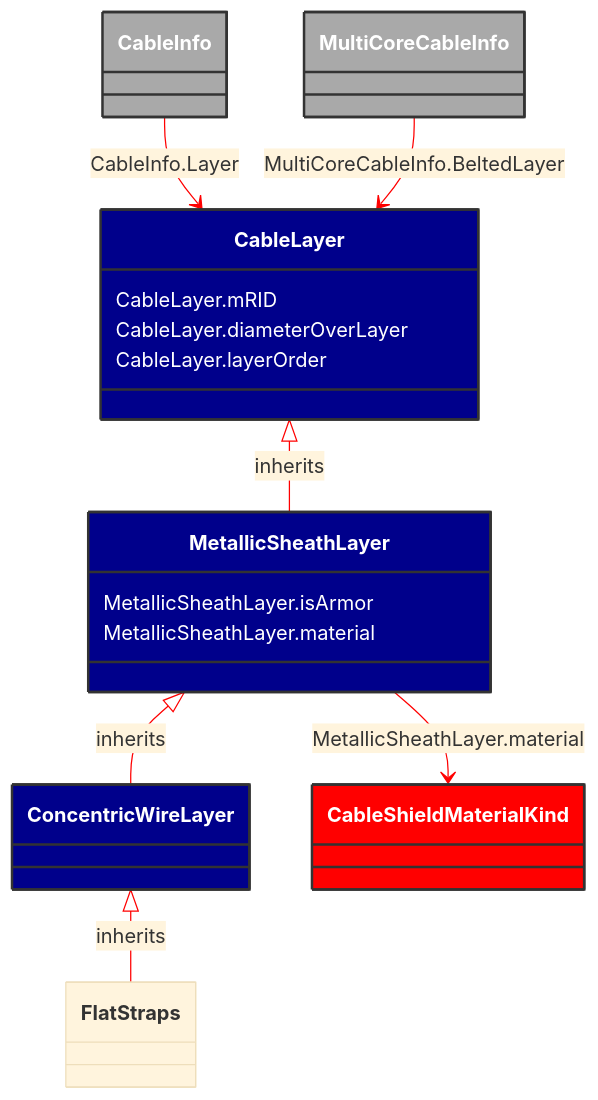
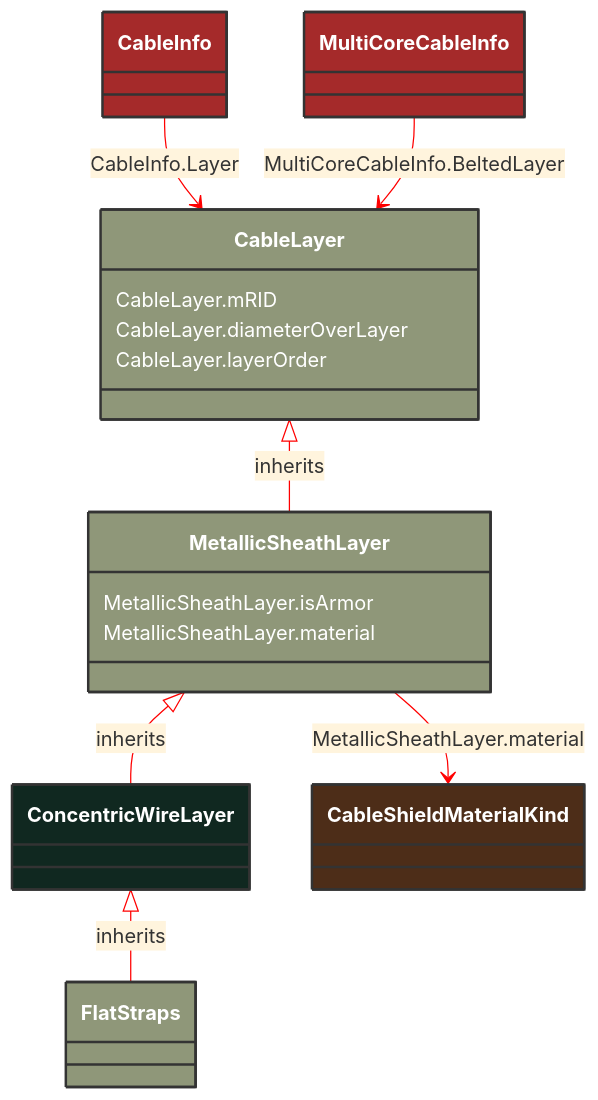
One commit to 3lbits/NoCIMExtensions changed the diagram in docs/Models/Profiles/SubseaCableInfo/ConcreteClasses/ConcentricWireLayer.md. Above: the diagram before and after it, drawn with Mermaid. The commit also changed 190 other files, not shown here.

````diff
--- a/docs/Models/Profiles/SubseaCableInfo/ConcreteClasses/ConcentricWireLayer.md
+++ b/docs/Models/Profiles/SubseaCableInfo/ConcreteClasses/ConcentricWireLayer.md
@@ -8,48 +8,46 @@
 ```mermaid
 %%{init: {'theme':'base','themeVariables': {'lineColor': '#FF0000'}}}%%
 classDiagram
     class ConcentricWireLayer
     click ConcentricWireLayer href "/Models/Profiles/SubseaCableInfo/ConcreteClasses/ConcentricWireLayer/"
-    style ConcentricWireLayer fill:#006400,stroke:#333,stroke-width:2px,rx:10,ry:10,color:white
+    style ConcentricWireLayer fill:#102820,stroke:#333,stroke-width:2px,rx:10,ry:10,color:white
 
         ConcentricWireLayer <|-- FlatStraps : inherits
-            click ConcentricWireLayer href "/Models/Profiles/SubseaCableInfo/ConcreteClasses/ConcentricWireLayer/"
-            style ConcentricWireLayer fill:#00008B,stroke:#333,stroke-width:2px,rx:10,ry:10,color:white
 
         FlatStraps
             click FlatStraps href "/Models/Profiles/SubseaCableInfo/ConcreteClasses/FlatStraps/"
-            style ConcentricWireLayer fill:#00008B,stroke:#333,stroke-width:2px,rx:10,ry:10,color:white
-
+            style FlatStraps fill:#8F9779,stroke:#333,stroke-width:2px,rx:10,ry:10,color:white
+     
         MetallicSheathLayer <|-- ConcentricWireLayer : inherits
             click MetallicSheathLayer href "/Models/Profiles/SubseaCableInfo/ConcreteClasses/MetallicSheathLayer/"
-            style MetallicSheathLayer fill:#00008B,stroke:#333,stroke-width:2px,rx:10,ry:10,color:white
-
+            style MetallicSheathLayer fill:#8F9779,stroke:#333,stroke-width:2px,rx:10,ry:10,color:white
+     
         CableLayer <|-- MetallicSheathLayer : inherits
             click CableLayer href "/Models/Profiles/SubseaCableInfo/AbstractClasses/CableLayer/"
-            style CableLayer fill:#00008B,stroke:#333,stroke-width:2px,rx:10,ry:10,color:white
+            style CableLayer fill:#8F9779,stroke:#333,stroke-width:2px,rx:10,ry:10,color:white
 
 
         CableInfo --> CableLayer : CableInfo.Layer
 
         CableInfo
             click CableInfo href "/Models/Profiles/SubseaCableInfo/ConcreteClasses/CableInfo/"
-            style CableInfo fill:#A9A9A9,stroke:#333,stroke-width:2px,rx:10,ry:10,color:white
+            style CableInfo fill:#A52A2A,stroke:#333,stroke-width:2px,rx:10,ry:10,color:white
 
         MultiCoreCableInfo --> CableLayer : MultiCoreCableInfo.BeltedLayer
 
         MultiCoreCableInfo
             click MultiCoreCableInfo href "/Models/Profiles/SubseaCableInfo/ConcreteClasses/MultiCoreCableInfo/"
-            style MultiCoreCableInfo fill:#A9A9A9,stroke:#333,stroke-width:2px,rx:10,ry:10,color:white
+            style MultiCoreCableInfo fill:#A52A2A,stroke:#333,stroke-width:2px,rx:10,ry:10,color:white
 
         MetallicSheathLayer --> CableShieldMaterialKind : MetallicSheathLayer.material
 
         CableShieldMaterialKind
             click CableShieldMaterialKind href "/Models/Profiles/SubseaCableInfo/Enumerations/CableShieldMaterialKind/"
-            style CableShieldMaterialKind fill:#FF0000,stroke:#333,stroke-width:2px,rx:10,ry:10,color:white
+            style CableShieldMaterialKind fill:#4D2D18,stroke:#333,stroke-width:2px,rx:10,ry:10,color:white
 
         MetallicSheathLayer : MetallicSheathLayer.isArmor
         MetallicSheathLayer : MetallicSheathLayer.material
         CableLayer : CableLayer.mRID
         CableLayer : CableLayer.diameterOverLayer
         CableLayer : CableLayer.layerOrder
 ```
````
